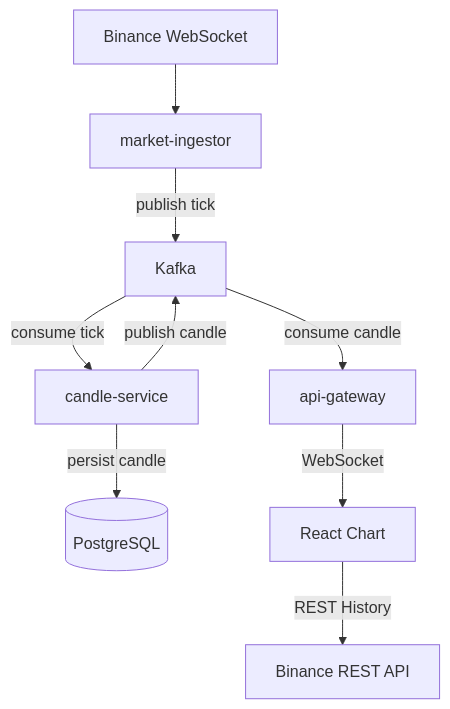
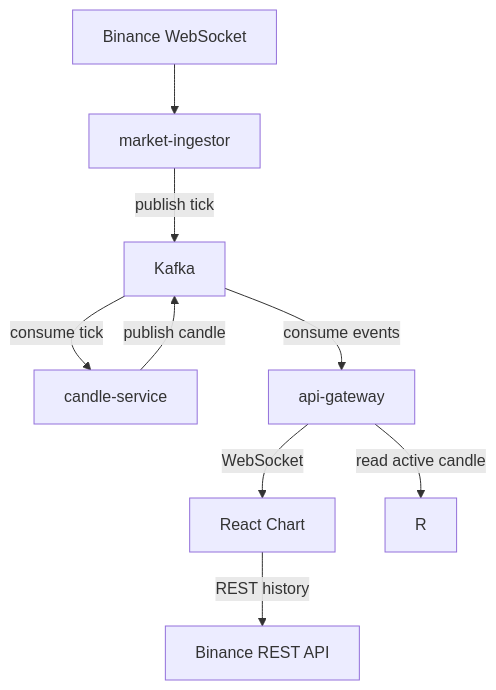
Before and after one commit to jhpark0418/mini-crypto-wts: the first of 2 diagrams in README.md, drawn with Mermaid. The commit also changed other lines of this file, not shown here.

````diff
--- a/README.md
+++ b/README.md
@@ -38,16 +38,18 @@
 ```mermaid
 graph TD
 
 A[Binance WebSocket] --> B[market-ingestor]
 B -->|publish tick| C[Kafka]
 
 C -->|consume tick| D[candle-service]
+D -->|publish candle| C
 
-D -->|publish candle| C
-D -->|persist candle| E[(PostgreSQL)]
+C -->|consume events| F[api-gateway]
 
-C -->|consume candle| F[api-gateway]
+F -->|WebSocket| H[React Chart]
+F -->|read active candle| R
 
-F -->|WebSocket| G[React Chart]
-G -->|REST History| H[Binance REST API]
+H -->|REST history| I[Binance REST API]
+
+
 ```
````
